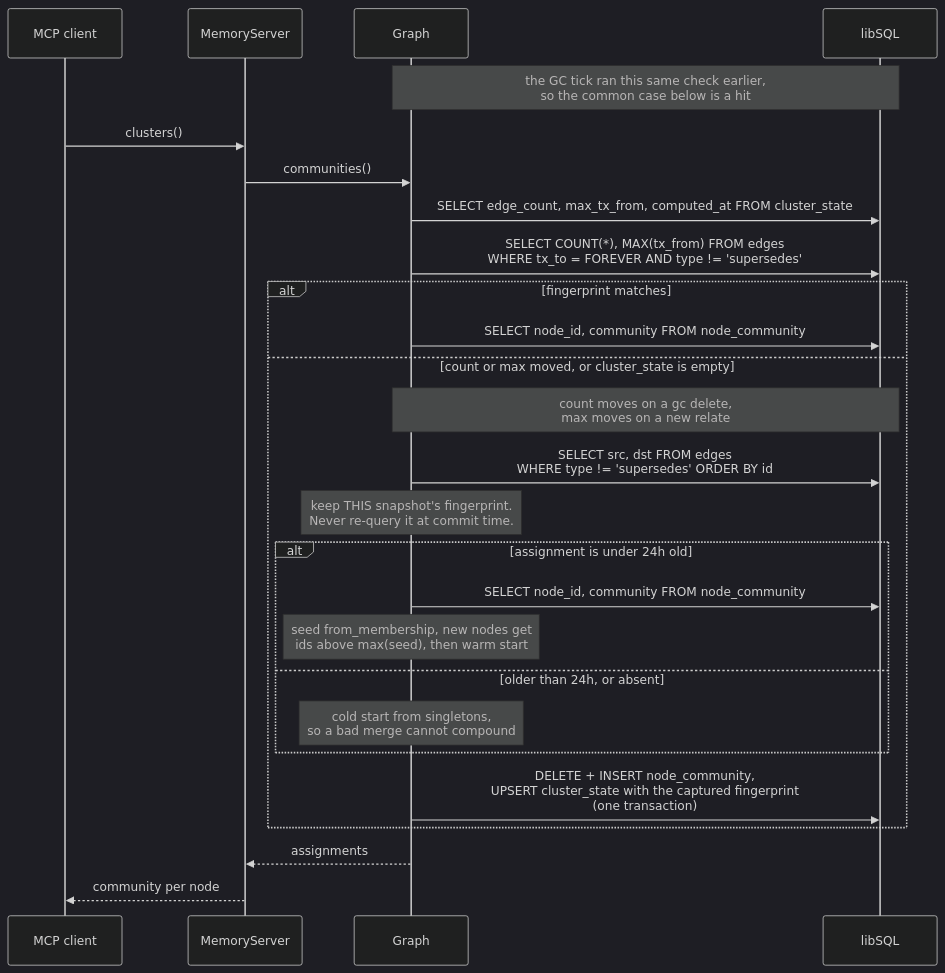
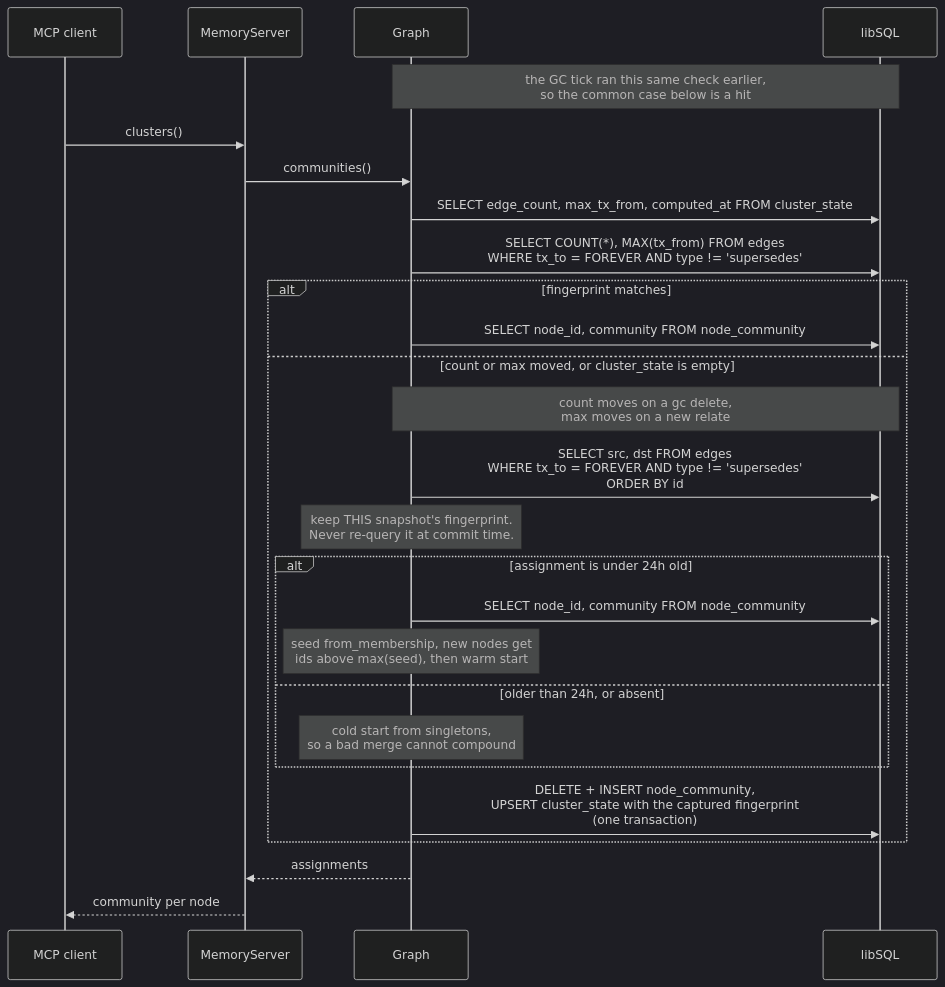
Before and after one commit to protocortex/liam: the third of 3 diagrams in docs/adr/0002-cluster-recompute-cadence.md, drawn with Mermaid (dark theme). The commit also changed other lines of this file and 3 other files, not shown here.

````diff
--- a/docs/adr/0002-cluster-recompute-cadence.md
+++ b/docs/adr/0002-cluster-recompute-cadence.md
@@ -395,34 +395,34 @@
 ```mermaid
 sequenceDiagram
     participant Client as MCP client
     participant Server as MemoryServer
     participant Graph as Graph
     participant DB as libSQL
 
     Note over Graph,DB: the GC tick ran this same check earlier,<br/>so the common case below is a hit
 
     Client->>Server: clusters()
     Server->>Graph: communities()
     Graph->>DB: SELECT edge_count, max_tx_from, computed_at FROM cluster_state
     Graph->>DB: SELECT COUNT(*), MAX(tx_from) FROM edges<br/>WHERE tx_to = FOREVER AND type != 'supersedes'
 
     alt fingerprint matches
         Graph->>DB: SELECT node_id, community FROM node_community
     else count or max moved, or cluster_state is empty
         Note over Graph,DB: count moves on a gc delete,<br/>max moves on a new relate
-        Graph->>DB: SELECT src, dst FROM edges<br/>WHERE type != 'supersedes' ORDER BY id
+        Graph->>DB: SELECT src, dst FROM edges<br/>WHERE tx_to = FOREVER AND type != 'supersedes'<br/>ORDER BY id
         Note over Graph: keep THIS snapshot's fingerprint.<br/>Never re-query it at commit time.
 
         alt assignment is under 24h old
             Graph->>DB: SELECT node_id, community FROM node_community
             Note over Graph: seed from_membership, new nodes get<br/>ids above max(seed), then warm start
         else older than 24h, or absent
             Note over Graph: cold start from singletons,<br/>so a bad merge cannot compound
         end
 
         Graph->>DB: DELETE + INSERT node_community,<br/>UPSERT cluster_state with the captured fingerprint<br/>(one transaction)
     end
 
     Graph-->>Server: assignments
     Server-->>Client: community per node
 ```
````
